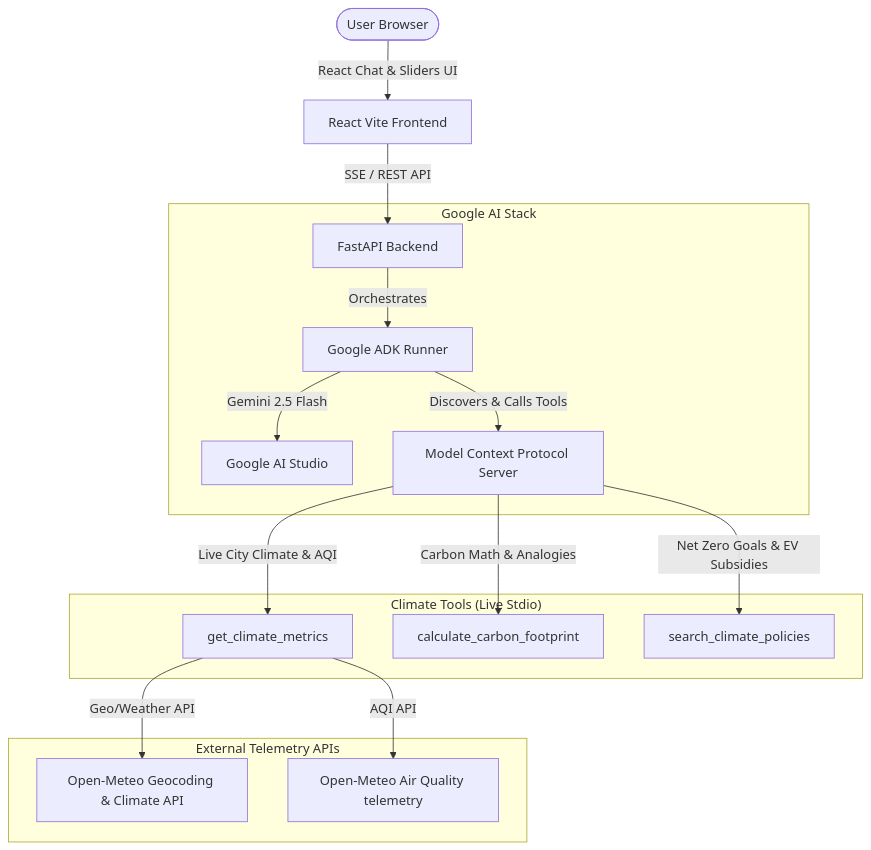
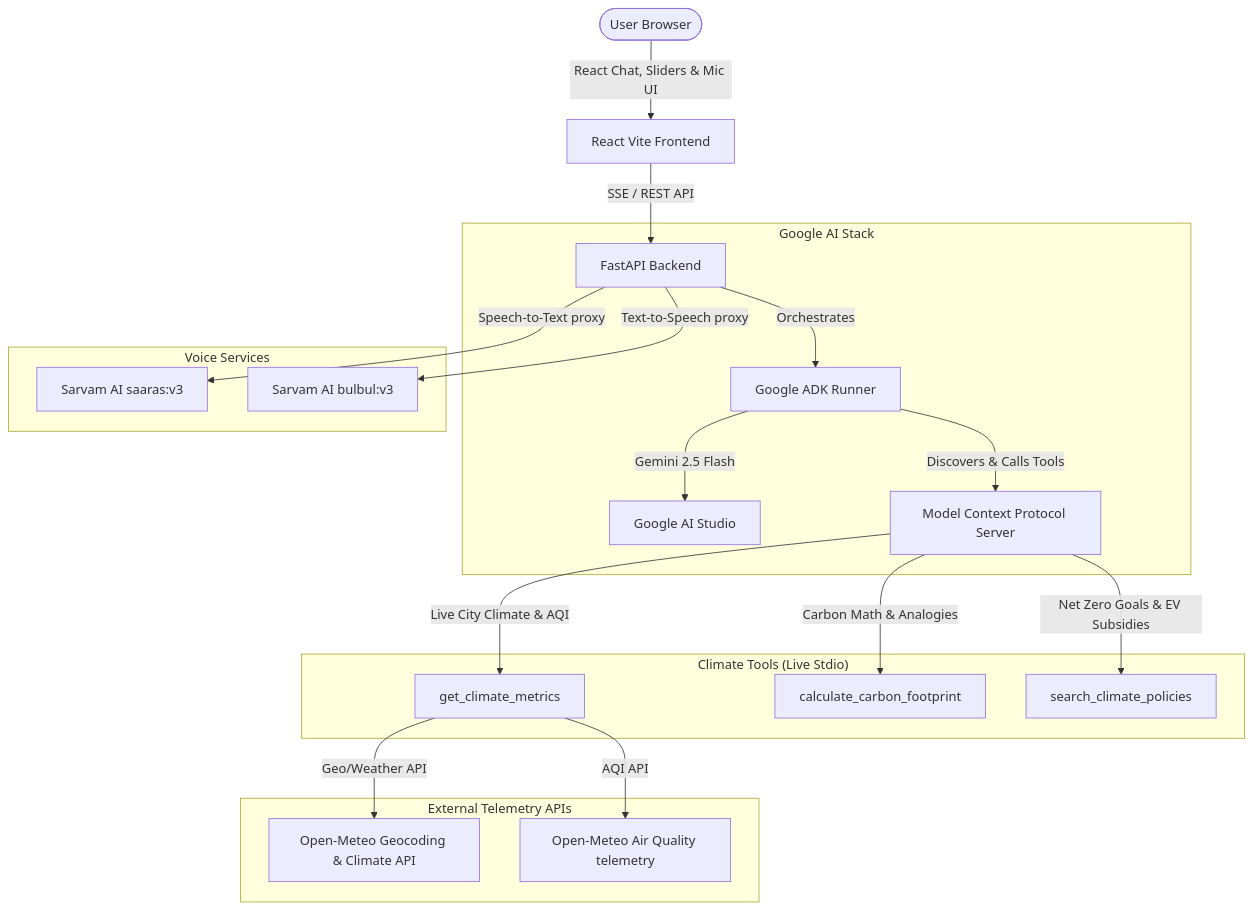
One commit to rockerspace/AI-Agent-Series-Builder-2026 changed the diagram in README.md. Above: the diagram before and after it, drawn with Mermaid. The commit also changed other lines of this file, not shown here.

Commit message:
Update README.md with Sarvam AI Voice hub details

````diff
--- a/README.md
+++ b/README.md
@@ -31,22 +32,27 @@
 ```mermaid
 graph TD
-    User([User Browser]) -->|React Chat & Sliders UI| Frontend[React Vite Frontend]
+    User([User Browser]) -->|React Chat, Sliders & Mic UI| Frontend[React Vite Frontend]
     Frontend -->|SSE / REST API| FastAPI[FastAPI Backend]
     
     subgraph "Google AI Stack"
         FastAPI -->|Orchestrates| ADK[Google ADK Runner]
         ADK -->|Gemini 2.5 Flash| Gemini[Google AI Studio]
         ADK -->|Discovers & Calls Tools| MCP[Model Context Protocol Server]
+    end
+    
+    subgraph "Voice Services"
+        FastAPI -->|Speech-to-Text proxy| SarvamSTT[Sarvam AI saaras:v3]
+        FastAPI -->|Text-to-Speech proxy| SarvamTTS[Sarvam AI bulbul:v3]
     end
     
     subgraph "Climate Tools (Live Stdio)"
         MCP -->|Live City Climate & AQI| get_climate_metrics[get_climate_metrics]
         MCP -->|Carbon Math & Analogies| calculate_carbon_footprint[calculate_carbon_footprint]
         MCP -->|Net Zero Goals & EV Subsidies| search_climate_policies[search_climate_policies]
     end
     
     subgraph "External Telemetry APIs"
         get_climate_metrics -->|Geo/Weather API| OpenMeteo[Open-Meteo Geocoding & Climate API]
         get_climate_metrics -->|AQI API| OpenAQ[Open-Meteo Air Quality telemetry]
     end
 ```
````
